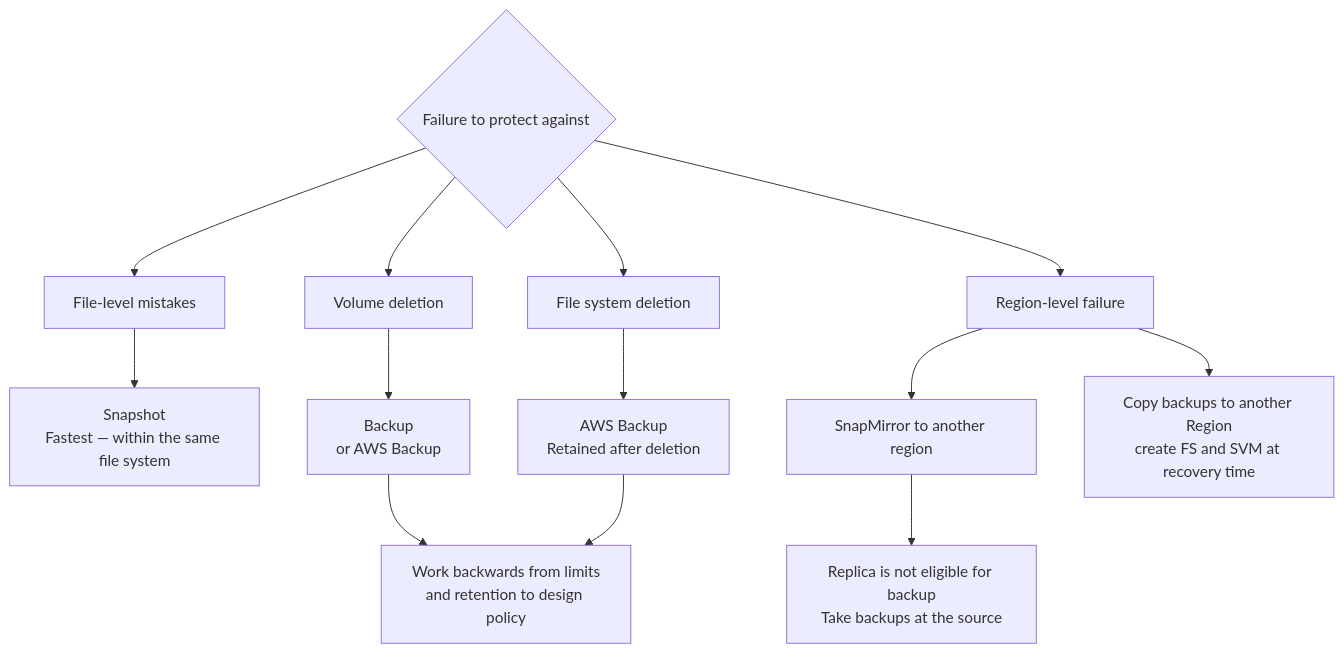
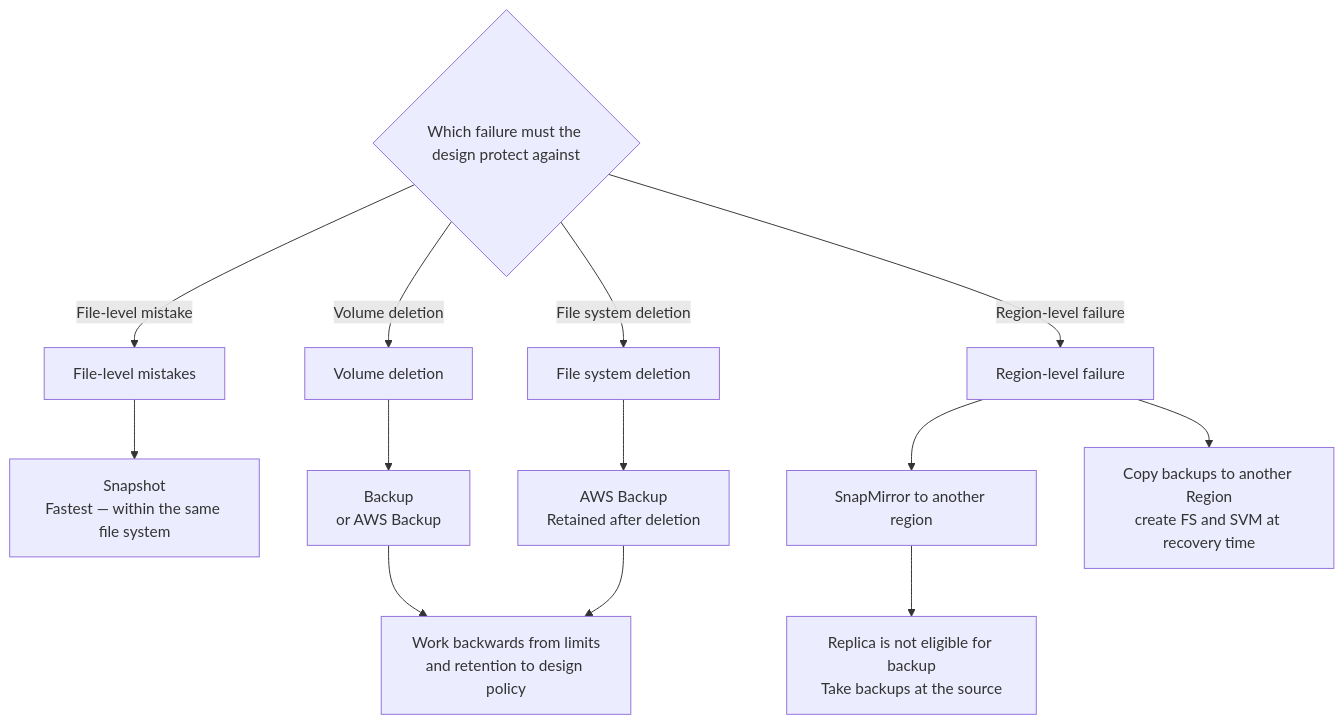
Before and after one commit to Yoshiki0705/FSx-for-ONTAP-Adoption-Playbook: the diagram in docs/en/domains/data-protection/notes/snapshots-are-not-a-recovery-plan.md, drawn with Mermaid. The commit also changed other lines of this file and 257 other files, not shown here.

````diff
--- a/docs/en/domains/data-protection/notes/snapshots-are-not-a-recovery-plan.md
+++ b/docs/en/domains/data-protection/notes/snapshots-are-not-a-recovery-plan.md
@@ -143,17 +157,17 @@
 ```mermaid
 graph TD
-    Q{Failure to protect against} --> F[File-level mistakes]
-    Q --> V[Volume deletion]
-    Q --> FS[File system deletion]
-    Q --> R[Region-level failure]
+    Q{Which failure must the design protect against} -->|File-level mistake| F[File-level mistakes]
+    Q -->|Volume deletion| V[Volume deletion]
+    Q -->|File system deletion| FS[File system deletion]
+    Q -->|Region-level failure| R[Region-level failure]
 
     F --> F1[Snapshot<br/>Fastest — within the same file system]
     V --> V1[Backup<br/>or AWS Backup]
     FS --> FS1[AWS Backup<br/>Retained after deletion]
     R --> R1[SnapMirror to another region]
     R --> R2["Copy backups to another Region<br/>create FS and SVM at recovery time"]
 
     R1 --> WARN[Replica is not eligible for backup<br/>Take backups at the source]
     V1 --> RET[Work backwards from limits<br/>and retention to design policy]
     FS1 --> RET
 ```
````
